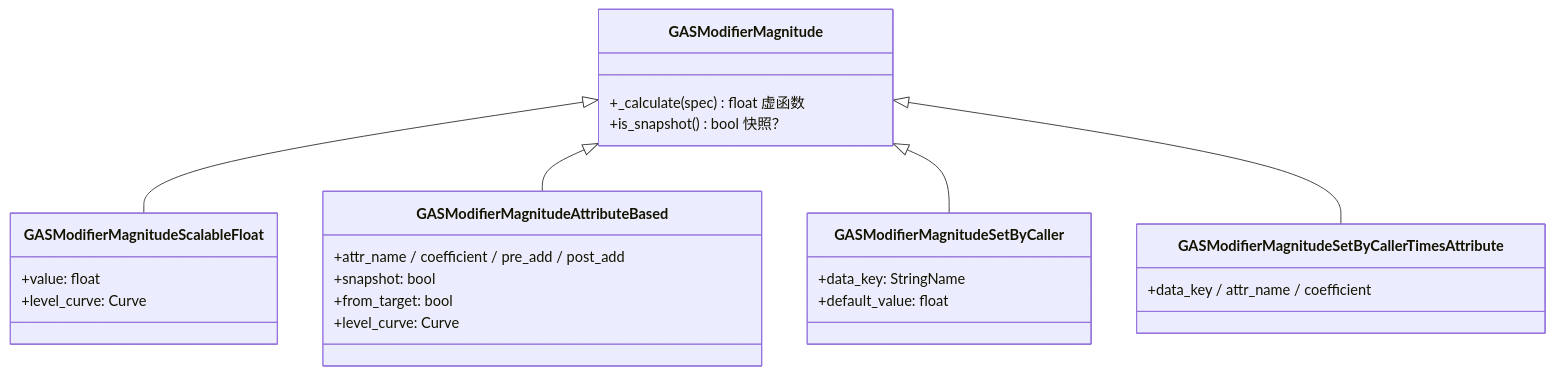
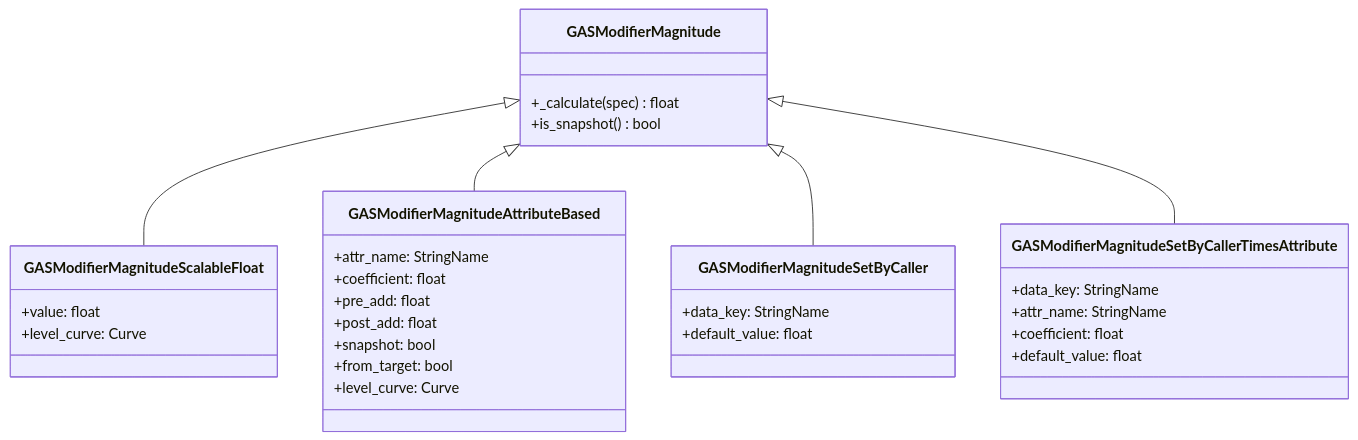
Diagram 19 of 25 in docs/System_Architecture.md (PrimeChuJiang/gas_project), drawn with Mermaid before and after one commit. The commit also changed other lines of this file, not shown here.

Commit message:
System_Architecture.md 架构指南续写

````diff
--- a/docs/System_Architecture.md
+++ b/docs/System_Architecture.md
@@ -958,29 +958,35 @@
 ```mermaid
 classDiagram
     class GASModifierMagnitude {
-        +_calculate(spec) float  虚函数
-        +is_snapshot() bool  快照？
+        +_calculate(spec) float
+        +is_snapshot() bool
     }
     GASModifierMagnitude <|-- GASModifierMagnitudeScalableFloat
     GASModifierMagnitude <|-- GASModifierMagnitudeAttributeBased
     GASModifierMagnitude <|-- GASModifierMagnitudeSetByCaller
     GASModifierMagnitude <|-- GASModifierMagnitudeSetByCallerTimesAttribute
 
     class GASModifierMagnitudeScalableFloat {
         +value: float
         +level_curve: Curve
     }
     class GASModifierMagnitudeAttributeBased {
-        +attr_name / coefficient / pre_add / post_add
+        +attr_name: StringName
+        +coefficient: float
+        +pre_add: float
+        +post_add: float
         +snapshot: bool
         +from_target: bool
         +level_curve: Curve
     }
     class GASModifierMagnitudeSetByCaller {
         +data_key: StringName
         +default_value: float
     }
     class GASModifierMagnitudeSetByCallerTimesAttribute {
-        +data_key / attr_name / coefficient
+        +data_key: StringName
+        +attr_name: StringName
+        +coefficient: float
+        +default_value: float
     }
 ```
````
